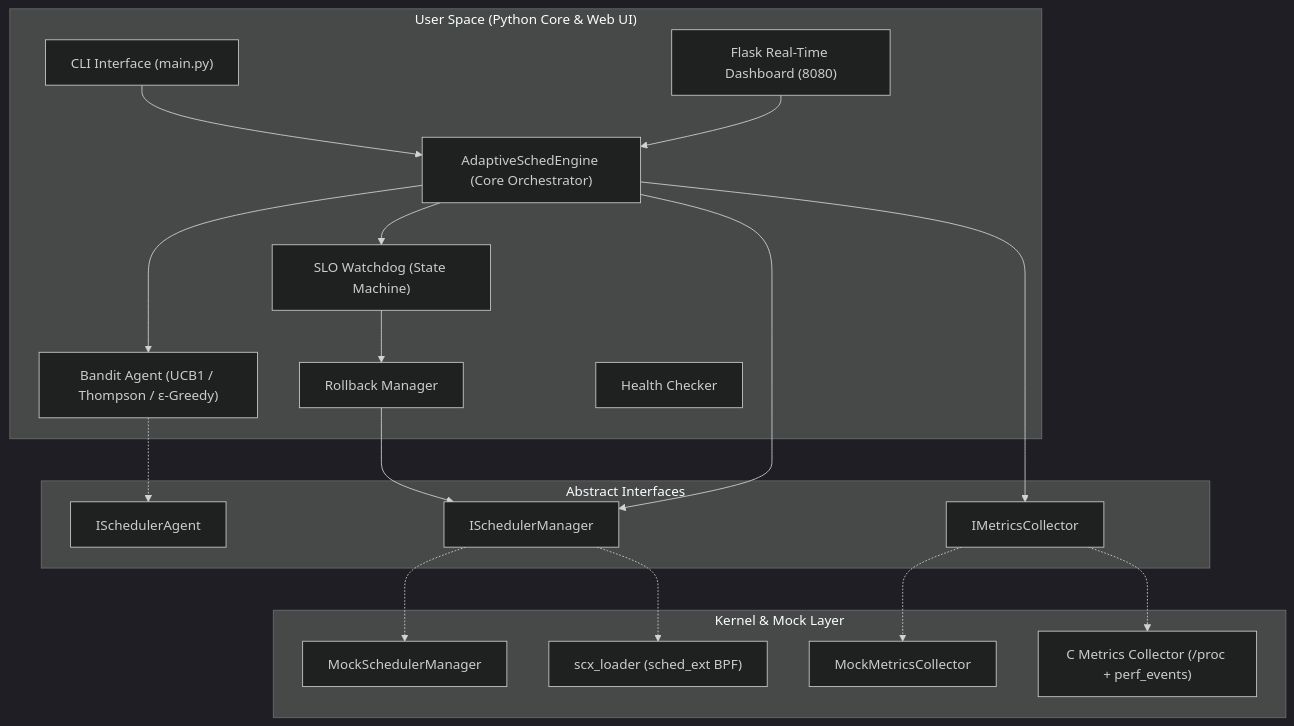
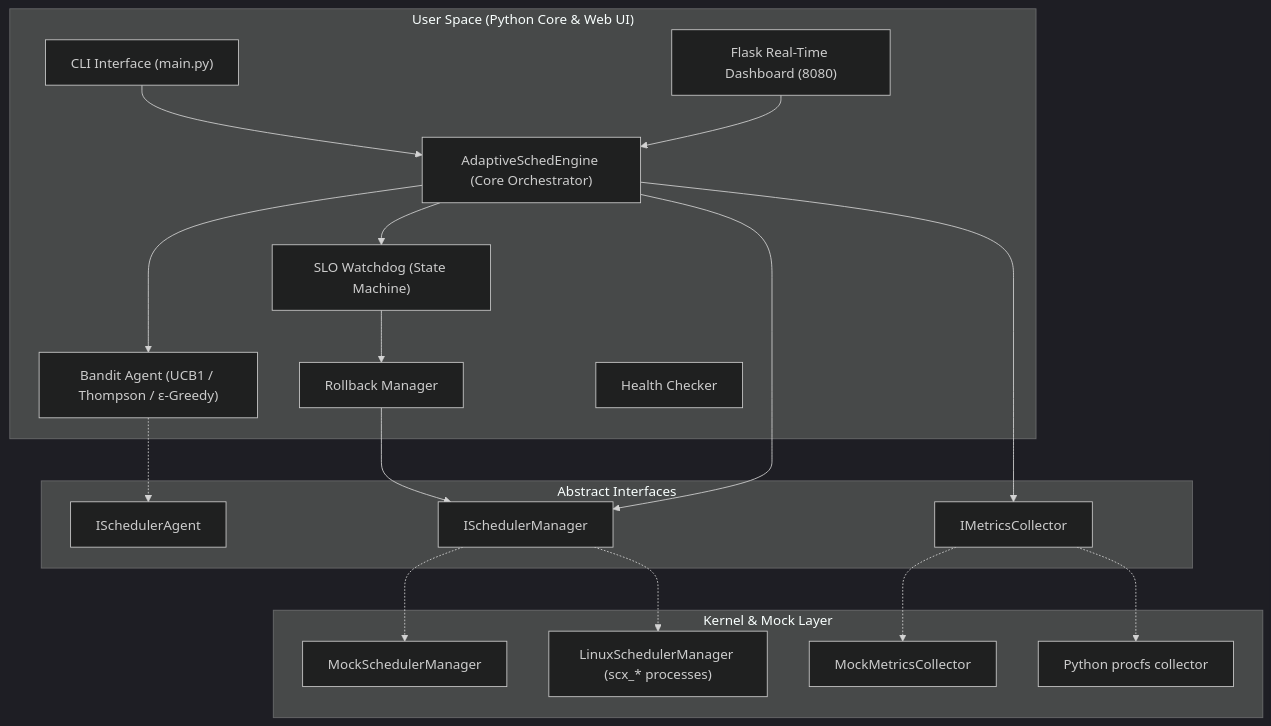
The diagram in README.md (SilentFURY-x/AdaptiveSched), drawn with Mermaid (dark theme) before and after one commit. The commit also changed other lines of this file and 22 other files, not shown here.

Commit message:
Add Linux scheduler MVP and refresh project docs

````diff
--- a/README.md
+++ b/README.md
@@ -38,40 +39,40 @@
 ```mermaid
 graph TD
     subgraph UserSpace ["User Space (Python Core & Web UI)"]
         CLI["CLI Interface (main.py)"]
         Dashboard["Flask Real-Time Dashboard (8080)"]
         Engine["AdaptiveSchedEngine (Core Orchestrator)"]
         Agent["Bandit Agent (UCB1 / Thompson / ε-Greedy)"]
         Watchdog["SLO Watchdog (State Machine)"]
         Rollback["Rollback Manager"]
         Health["Health Checker"]
     end
 
     subgraph Boundaries ["Abstract Interfaces"]
         ISched["ISchedulerManager"]
         IMetrics["IMetricsCollector"]
         IAgent["ISchedulerAgent"]
     end
 
     subgraph Execution ["Kernel & Mock Layer"]
         MockSched["MockSchedulerManager"]
         MockMetrics["MockMetricsCollector"]
-        RealSched["scx_loader (sched_ext BPF)"]
-        RealMetrics["C Metrics Collector (/proc + perf_events)"]
+        RealSched["LinuxSchedulerManager (scx_* processes)"]
+        RealMetrics["Python procfs collector"]
     end
 
     CLI --> Engine
     Dashboard --> Engine
     Engine --> Agent
     Engine --> Watchdog
     Watchdog --> Rollback
     Rollback --> ISched
     Engine --> ISched
     Engine --> IMetrics
 
     ISched -.-> MockSched
     ISched -.-> RealSched
     IMetrics -.-> MockMetrics
     IMetrics -.-> RealMetrics
     Agent -.-> IAgent
 ```
````
